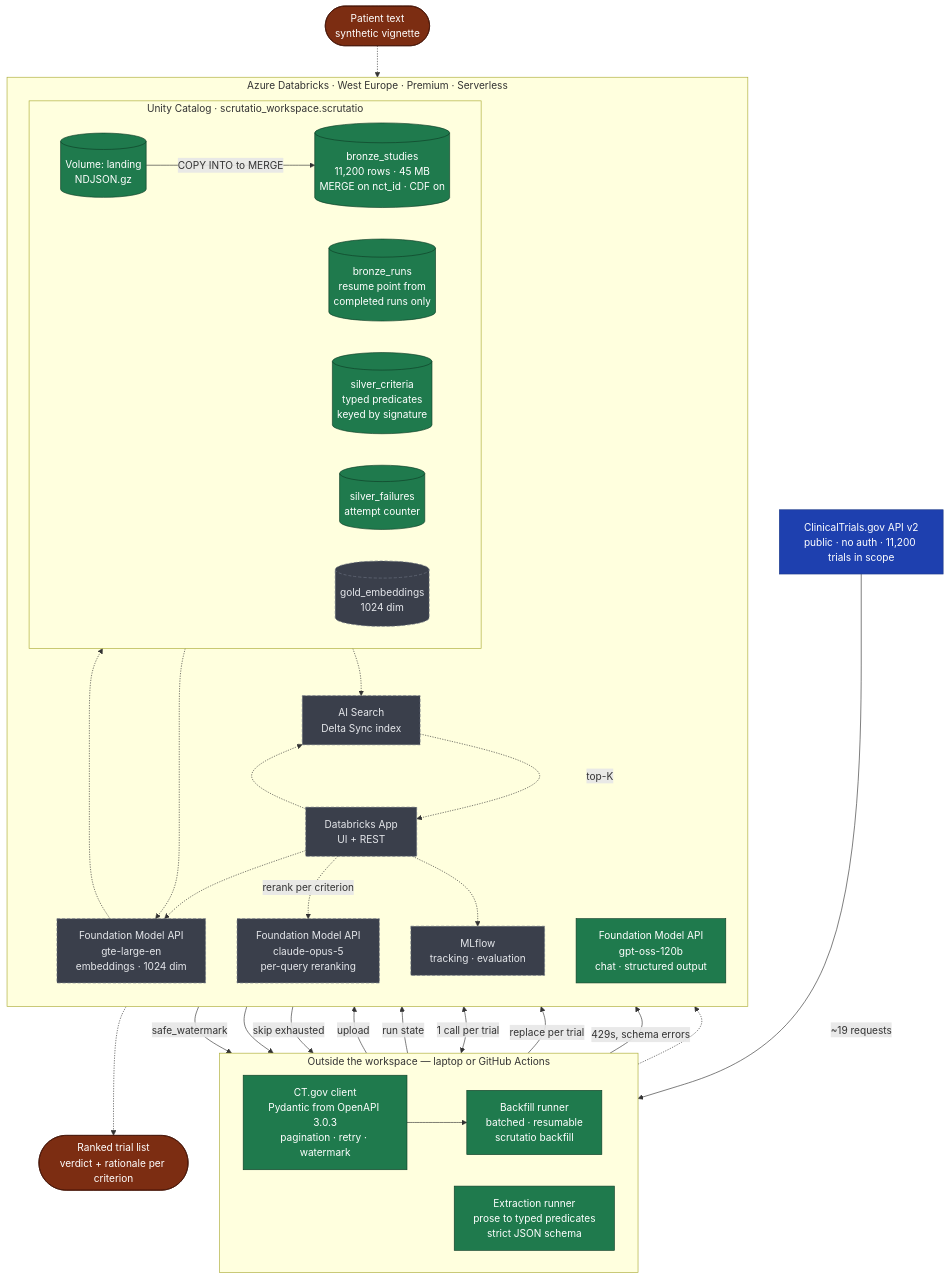
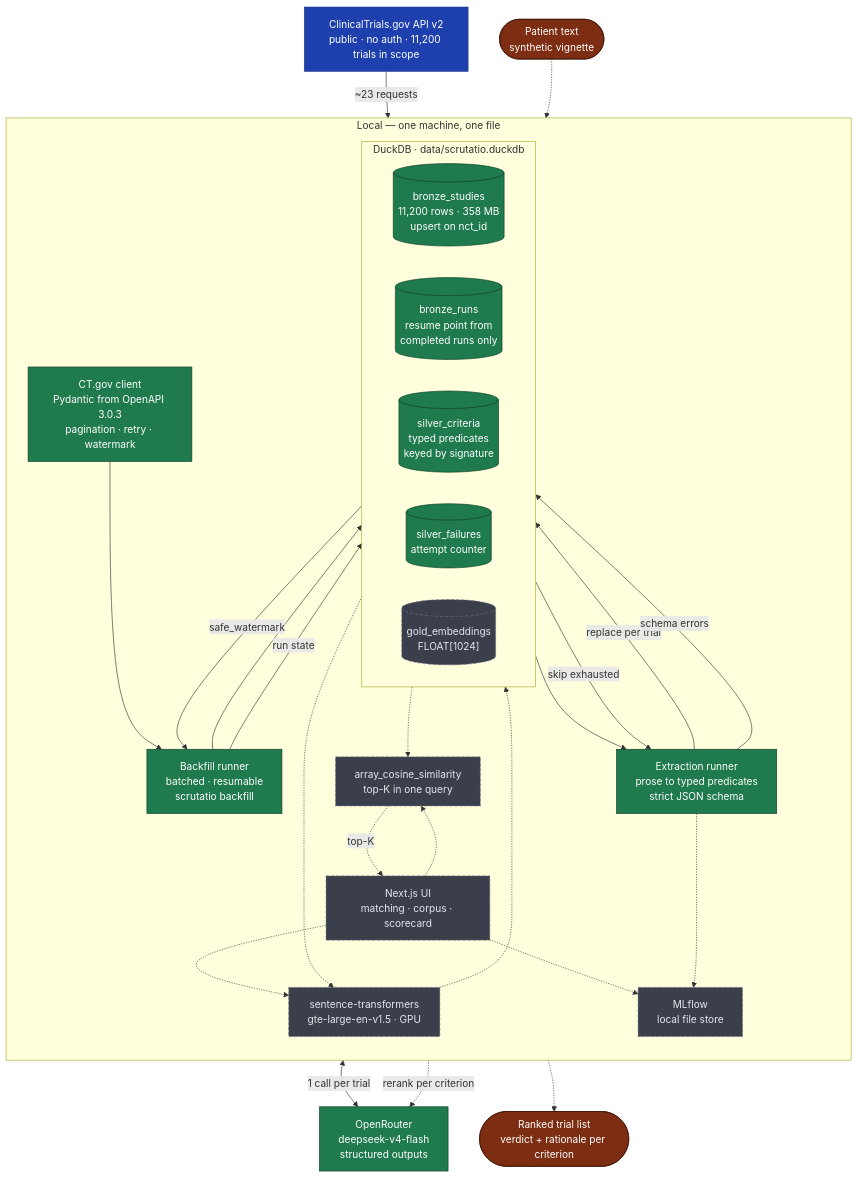
One commit to AlsoTheZv3n/scrutatio changed the diagram in README.md. Above: the diagram before and after it, drawn with Mermaid. The commit also changed other lines of this file and 6 other files, not shown here.

````diff
--- a/README.md
+++ b/README.md
@@ -45,70 +52,64 @@
 ```mermaid
 flowchart TB
     CTG["ClinicalTrials.gov API v2<br/>public · no auth · 11,200 trials in scope"]
 
-    subgraph EXT ["Outside the workspace — laptop or GitHub Actions"]
-        direction LR
+    subgraph LOCAL ["Local — one machine, one file"]
+        direction TB
         CLIENT["CT.gov client<br/>Pydantic from OpenAPI 3.0.3<br/>pagination · retry · watermark"]
         RUNNER["Backfill runner<br/>batched · resumable<br/>scrutatio backfill"]
-        EXTRACT["Extraction runner<br/>prose to typed predicates<br/>strict JSON schema"]
-    end
 
-    subgraph DBX ["Azure Databricks · West Europe · Premium · Serverless"]
-        direction TB
-
-        subgraph UC ["Unity Catalog · scrutatio_workspace.scrutatio"]
+        subgraph DUCK ["DuckDB · data/scrutatio.duckdb"]
             direction LR
-            VOL[("Volume: landing<br/>NDJSON.gz")]
-            BRONZE[("bronze_studies<br/>11,200 rows · 45 MB<br/>MERGE on nct_id · CDF on")]
+            BRONZE[("bronze_studies<br/>11,200 rows · 358 MB<br/>upsert on nct_id")]
             RUNS[("bronze_runs<br/>resume point from<br/>completed runs only")]
             SILVER[("silver_criteria<br/>typed predicates<br/>keyed by signature")]
             FAILED[("silver_failures<br/>attempt counter")]
-            GOLD[("gold_embeddings<br/>1024 dim")]
+            GOLD[("gold_embeddings<br/>FLOAT[1024]")]
         end
 
-        FMCHAT["Foundation Model API<br/>gpt-oss-120b<br/>chat · structured output"]
-        FMEMB["Foundation Model API<br/>gte-large-en<br/>embeddings · 1024 dim"]
-        VS["AI Search<br/>Delta Sync index"]
-        MLF["MLflow<br/>tracking · evaluation"]
-        APP["Databricks App<br/>UI + REST"]
-        CLAUDE["Foundation Model API<br/>claude-opus-5<br/>per-query reranking"]
+        EXTRACT["Extraction runner<br/>prose to typed predicates<br/>strict JSON schema"]
+        EMB["sentence-transformers<br/>gte-large-en-v1.5 · GPU"]
+        VS["array_cosine_similarity<br/>top-K in one query"]
+        MLF["MLflow<br/>local file store"]
+        APP["Next.js UI<br/>matching · corpus · scorecard"]
     end
+
+    OR["OpenRouter<br/>deepseek-v4-flash<br/>structured outputs"]
 
     USER(["Patient text<br/>synthetic vignette"])
     OUT(["Ranked trial list<br/>verdict + rationale per criterion"])
 
-    CTG -->|"~19 requests"| CLIENT
+    CTG -->|"~23 requests"| CLIENT
     CLIENT --> RUNNER
-    RUNNER -->|"upload"| VOL
-    VOL -->|"COPY INTO to MERGE"| BRONZE
+    RUNNER --> BRONZE
     RUNNER -->|"run state"| RUNS
     RUNS -->|"safe_watermark"| RUNNER
 
     BRONZE --> EXTRACT
-    EXTRACT <-->|"1 call per trial"| FMCHAT
+    EXTRACT <-->|"1 call per trial"| OR
     EXTRACT -->|"replace per trial"| SILVER
-    EXTRACT -->|"429s, schema errors"| FAILED
+    EXTRACT -->|"schema errors"| FAILED
     FAILED -->|"skip exhausted"| EXTRACT
-    SILVER -.-> FMEMB
-    FMEMB -.-> GOLD
+    SILVER -.-> EMB
+    EMB -.-> GOLD
     GOLD -.-> VS
 
     USER -.-> APP
-    APP -.-> FMEMB
+    APP -.-> EMB
     APP -.-> VS
     VS -.->|"top-K"| APP
-    APP -.->|"rerank per criterion"| CLAUDE
+    APP -.->|"rerank per criterion"| OR
     APP -.-> OUT
     APP -.-> MLF
     EXTRACT -.-> MLF
 
     classDef built fill:#1f7a4d,stroke:#0d3d26,color:#fff
     classDef planned fill:#3a3f4b,stroke:#6b7280,color:#e5e7eb,stroke-dasharray:5 3
     classDef ext fill:#1e40af,stroke:#1e3a8a,color:#fff
     classDef io fill:#7c2d12,stroke:#431407,color:#fff
 
-    class CLIENT,RUNNER,EXTRACT,VOL,BRONZE,RUNS,SILVER,FAILED,FMCHAT built
-    class GOLD,FMEMB,VS,MLF,APP,CLAUDE planned
+    class CLIENT,RUNNER,BRONZE,RUNS,SILVER,FAILED,EXTRACT,OR built
+    class GOLD,EMB,VS,MLF,APP planned
     class CTG ext
     class USER,OUT io
 ```
````
